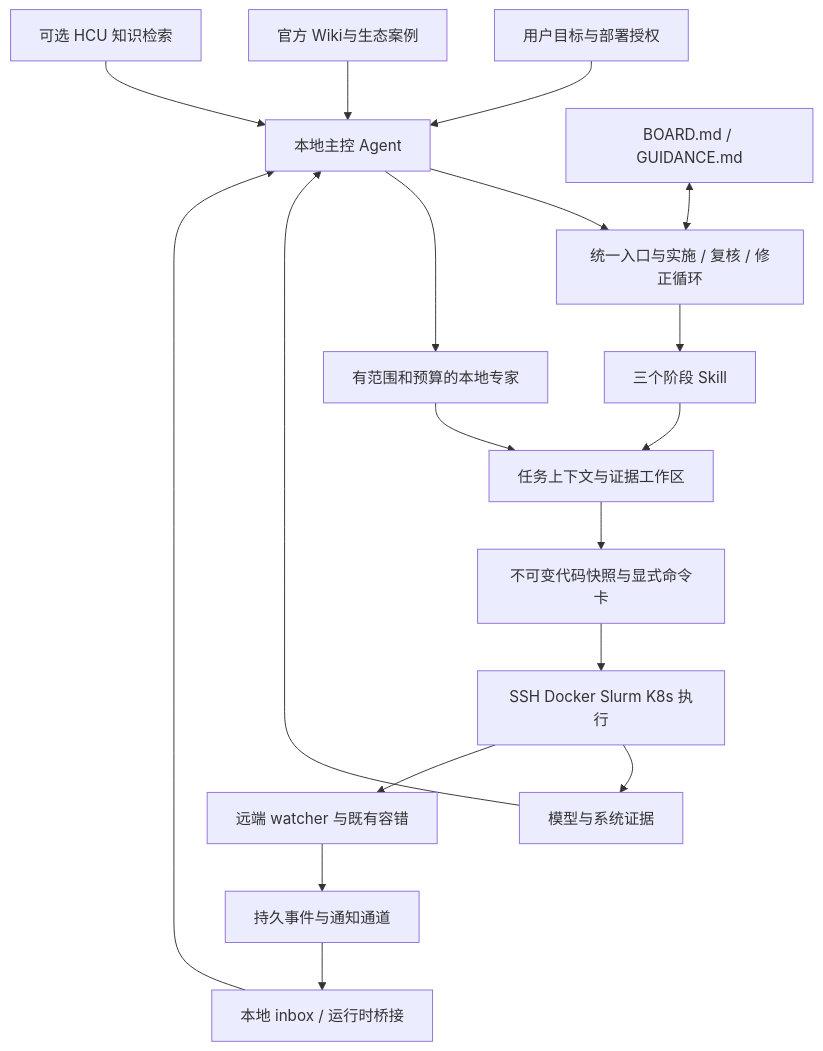
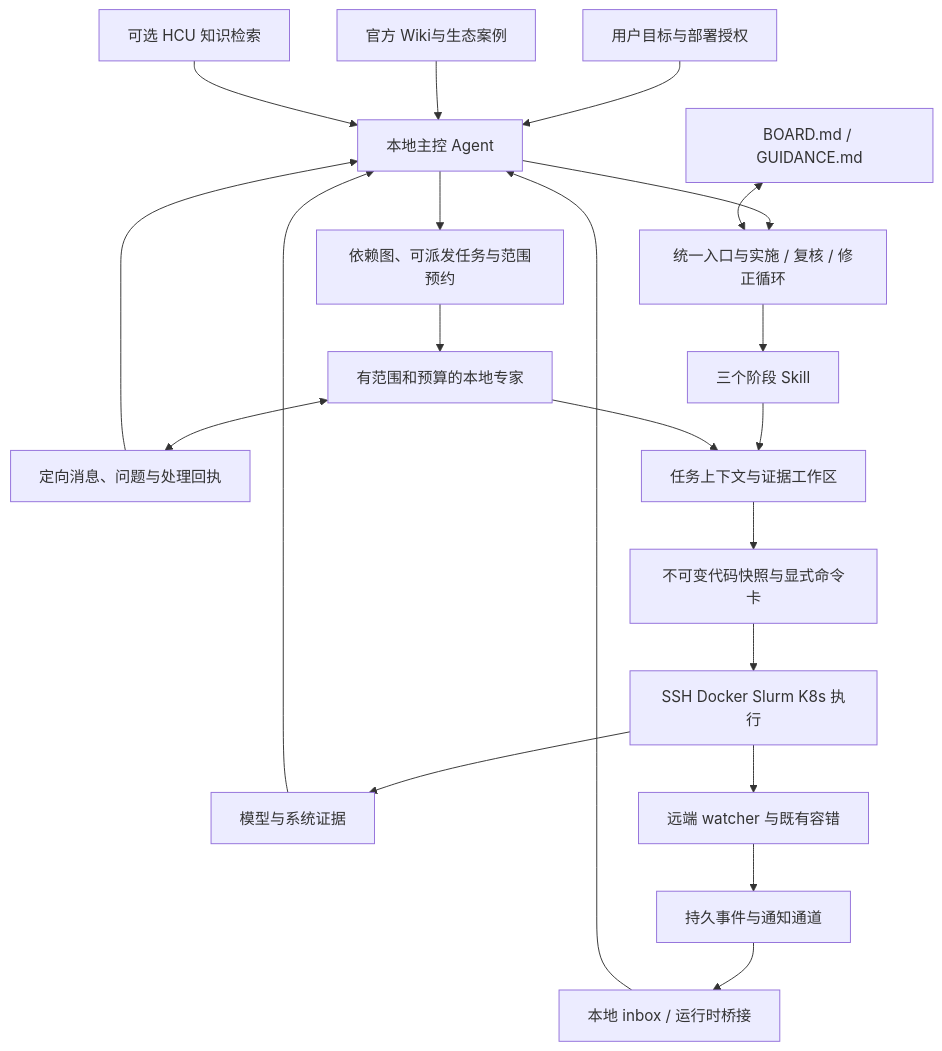
One commit to yuguo-Jack/HCU-TrainFlow changed the diagram in docs/architecture.md. Above: the diagram before and after it, drawn with Mermaid. The commit also changed other lines of this file and 27 other files, not shown here.

````diff
--- a/docs/architecture.md
+++ b/docs/architecture.md
@@ -3,20 +3,23 @@
 ```mermaid
 flowchart TD
     U[用户目标与部署授权] --> A[本地主控 Agent]
     A --> F[统一入口与实施 / 复核 / 修正循环]
     F --> S[三个阶段 Skill]
     HN[BOARD.md / GUIDANCE.md] <--> F
-    A --> E[有范围和预算的本地专家]
+    A --> DAG[依赖图、可派发任务与范围预约]
+    DAG --> E[有范围和预算的本地专家]
+    E <--> MSG[定向消息、问题与处理回执]
+    MSG --> A
     S --> W[任务上下文与证据工作区]
     E --> W
     W --> C[不可变代码快照与显式命令卡]
     C --> R[SSH Docker Slurm K8s 执行]
     R --> P[模型与系统证据]
     P --> A
     K[官方 Wiki与生态案例] --> A
     H[可选 HCU 知识检索] --> A
     R --> D[远端 watcher 与既有容错]
     D --> O[持久事件与通知通道]
     O --> I[本地 inbox / 运行时桥接]
     I --> A
 ```
````
